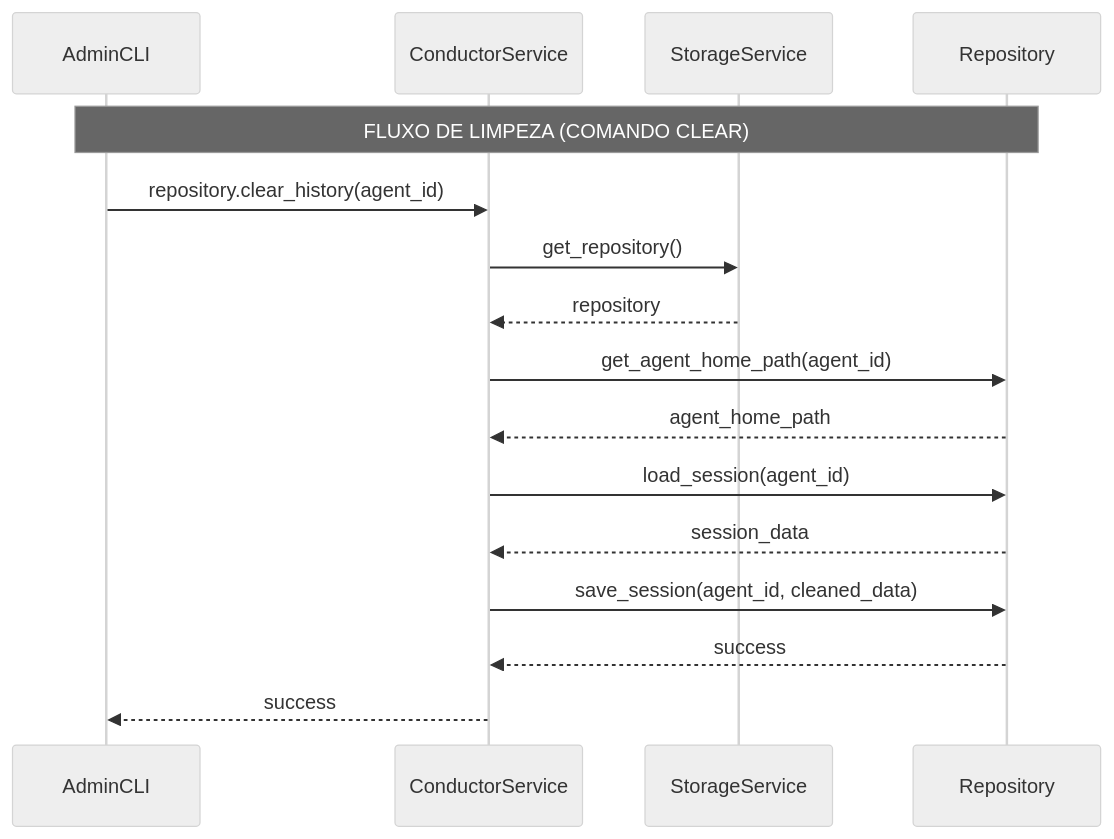
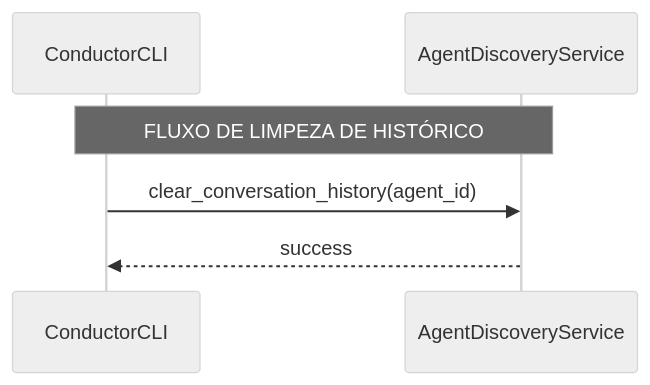
Before and after one commit to primoia/conductor: the third of 3 diagrams in docs/architecture/sequence-diagrams/history-management.md, drawn with Mermaid (neutral theme). The commit also changed other lines of this file and 5 other files, not shown here.

First line of the commit message:
Refactor documentation and CLI interface to promote unified conductor CLI

````diff
--- a/docs/architecture/sequence-diagrams/history-management.md
+++ b/docs/architecture/sequence-diagrams/history-management.md
@@ -71,20 +65,10 @@
 ```mermaid
 sequenceDiagram
-    participant AdminCLI
-    participant ConductorService
-    participant StorageService
-    participant Repository
+    participant ConductorCLI
+    participant AgentDiscoveryService
 
-    Note over AdminCLI,Repository: FLUXO DE LIMPEZA (COMANDO CLEAR)
+    Note over ConductorCLI,AgentDiscoveryService: FLUXO DE LIMPEZA DE HISTÓRICO
 
-    AdminCLI->>ConductorService: repository.clear_history(agent_id)
-    ConductorService->>StorageService: get_repository()
-    StorageService-->>ConductorService: repository
-    ConductorService->>Repository: get_agent_home_path(agent_id)
-    Repository-->>ConductorService: agent_home_path
-    ConductorService->>Repository: load_session(agent_id)
-    Repository-->>ConductorService: session_data
-    ConductorService->>Repository: save_session(agent_id, cleaned_data)
-    Repository-->>ConductorService: success
-    ConductorService-->>AdminCLI: success
+    ConductorCLI->>AgentDiscoveryService: clear_conversation_history(agent_id)
+    AgentDiscoveryService-->>ConductorCLI: success
 ```
````
